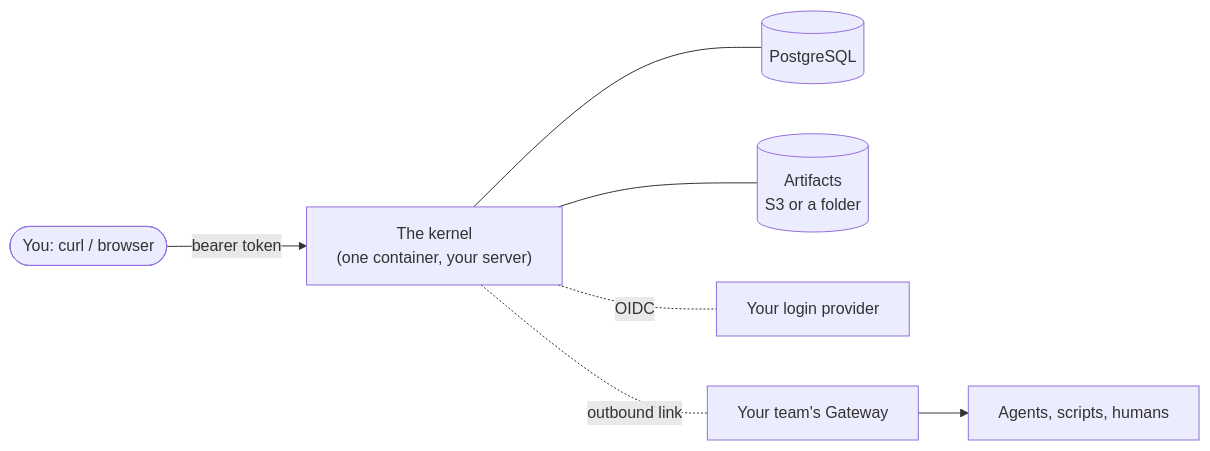
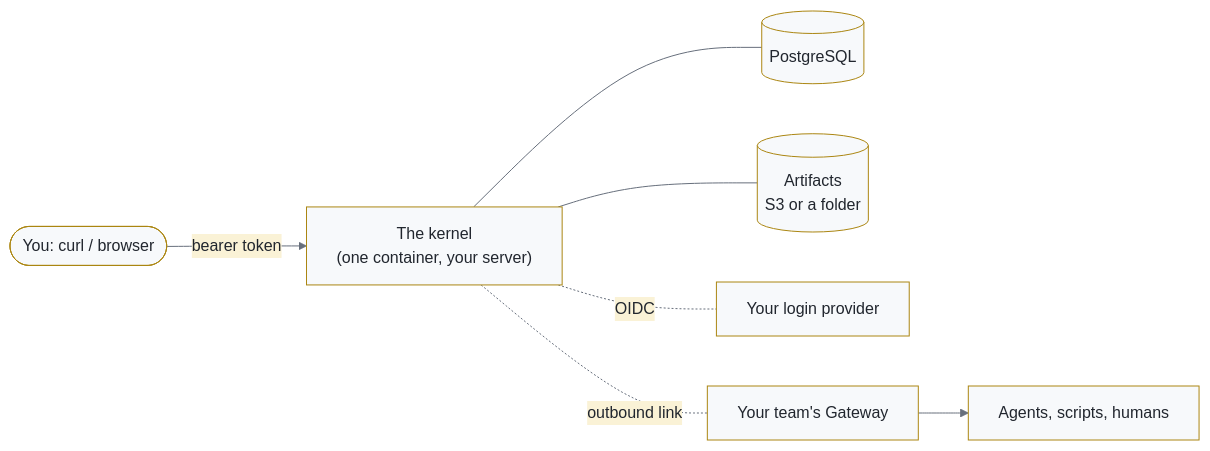
The diagram in site/src/guides/human.md (denisekart/open-facilitator), drawn with Mermaid before and after one commit. The commit also changed other lines of this file and 13 other files, not shown here.

````diff
--- a/site/src/guides/human.md
+++ b/site/src/guides/human.md
@@ -15,9 +10,10 @@
 ```mermaid title="Where things run, either road"
+%%{init: {"theme": "base", "themeVariables": {"primaryColor": "#f7f9fb", "primaryBorderColor": "#ab8612", "primaryTextColor": "#21262e", "lineColor": "#676f7c", "secondaryColor": "#faf2d6"}}}%%
 flowchart LR
   YOU(["You: curl / browser"]) -->|bearer token| K["The kernel<br/>(one container, your server)"]
   K --- PG[("PostgreSQL")]
   K --- ART[("Artifacts<br/>S3 or a folder")]
   K -.OIDC.- IDP["Your login provider"]
   K -."outbound link".- GW["Your team's Gateway"]
   GW --> W["Agents, scripts, humans"]
 ```
````
